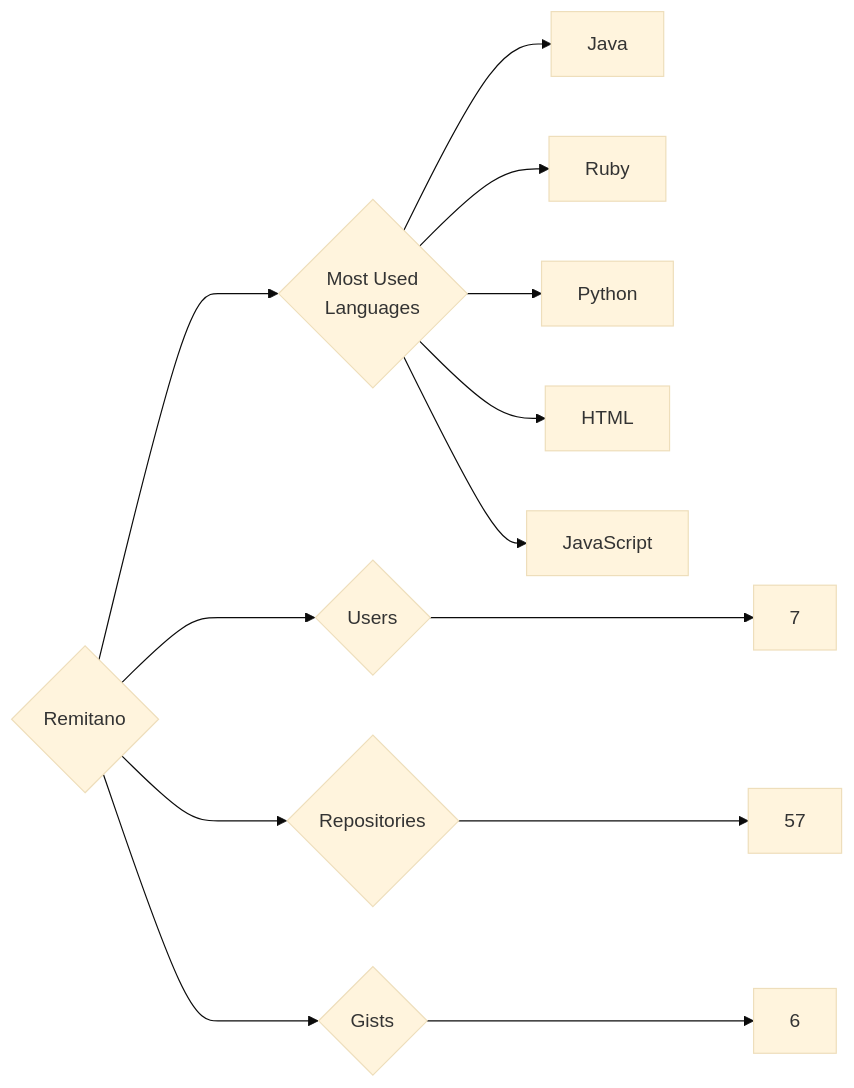
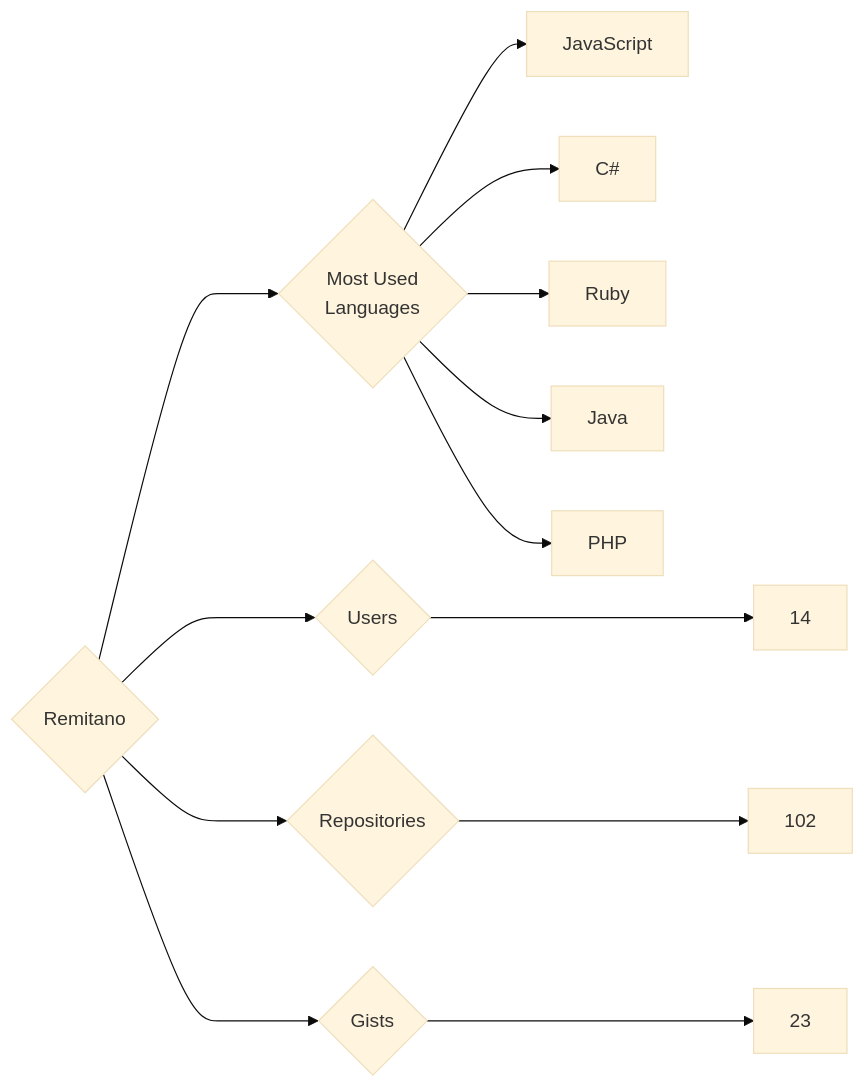
One commit to trickest/insiders changed the diagram in targets/Remitano/README.md. Above: the diagram before and after it, drawn with Mermaid (base theme). The commit also changed 953 other files, not shown here.

````diff
--- a/targets/Remitano/README.md
+++ b/targets/Remitano/README.md
@@ -3,13 +3,13 @@
 ```mermaid
 graph LR
 COMPANY_NAME{Remitano}
-COMPANY_NAME ---> U{Users} ---> UN[7]
-COMPANY_NAME ---> R{Repositories} ---> RN[57]
-COMPANY_NAME ---> G{Gists} ---> GN[6]
+COMPANY_NAME ---> U{Users} ---> UN[14]
+COMPANY_NAME ---> R{Repositories} ---> RN[102]
+COMPANY_NAME ---> G{Gists} ---> GN[23]
 COMPANY_NAME ---> ML{Most Used<br>Languages}
+ML --> JavaScript[JavaScript]
+ML --> C#[C#]
+ML --> Ruby[Ruby]
 ML --> Java[Java]
-ML --> Ruby[Ruby]
-ML --> Python[Python]
-ML --> HTML[HTML]
-ML --> JavaScript[JavaScript]
+ML --> PHP[PHP]
 ```
````
